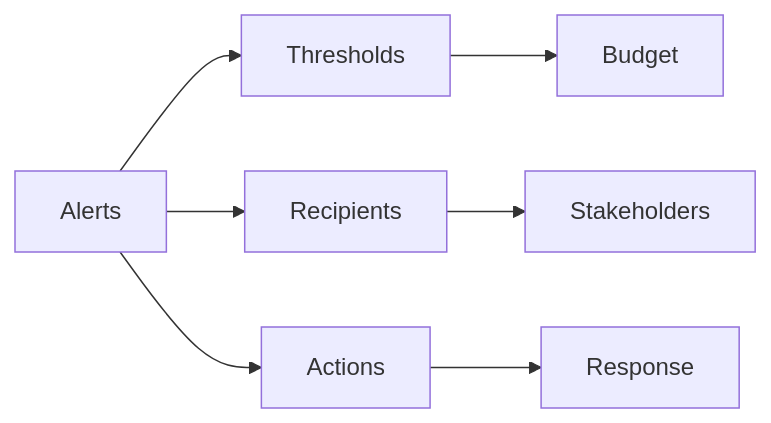
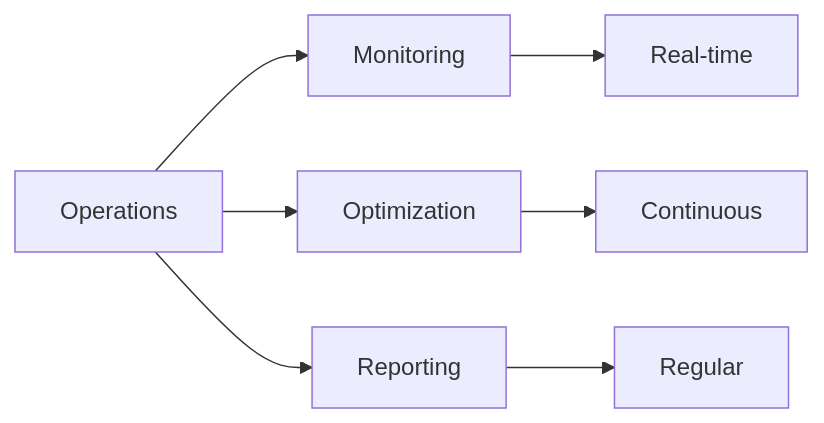
Before and after one commit to saravanakumarrc/Architecture_Journey: diagram 13 of 15 in src/azure/az-104/Cost_Management.md, drawn with Mermaid. The commit also changed other lines of this file and 6 other files, not shown here.

````diff
--- a/src/azure/az-104/Cost_Management.md
+++ b/src/azure/az-104/Cost_Management.md
@@ -215,10 +228,10 @@
 ```mermaid
 graph LR
-    A[Alerts] --> B[Thresholds]
-    A --> C[Recipients]
-    A --> D[Actions]
+    A[Operations] --> B[Monitoring]
+    A --> C[Optimization]
+    A --> D[Reporting]
     
-    B --> E[Budget]
-    C --> F[Stakeholders]
-    D --> G[Response]
+    B --> E[Real-time]
+    C --> F[Continuous]
+    D --> G[Regular]
 ```
````
